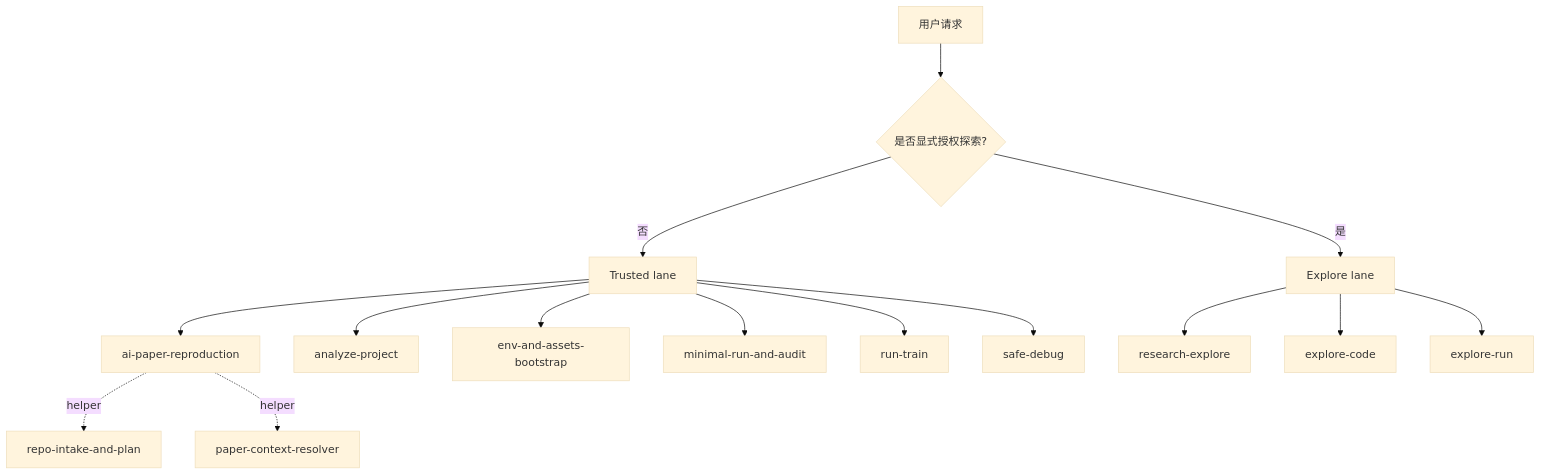
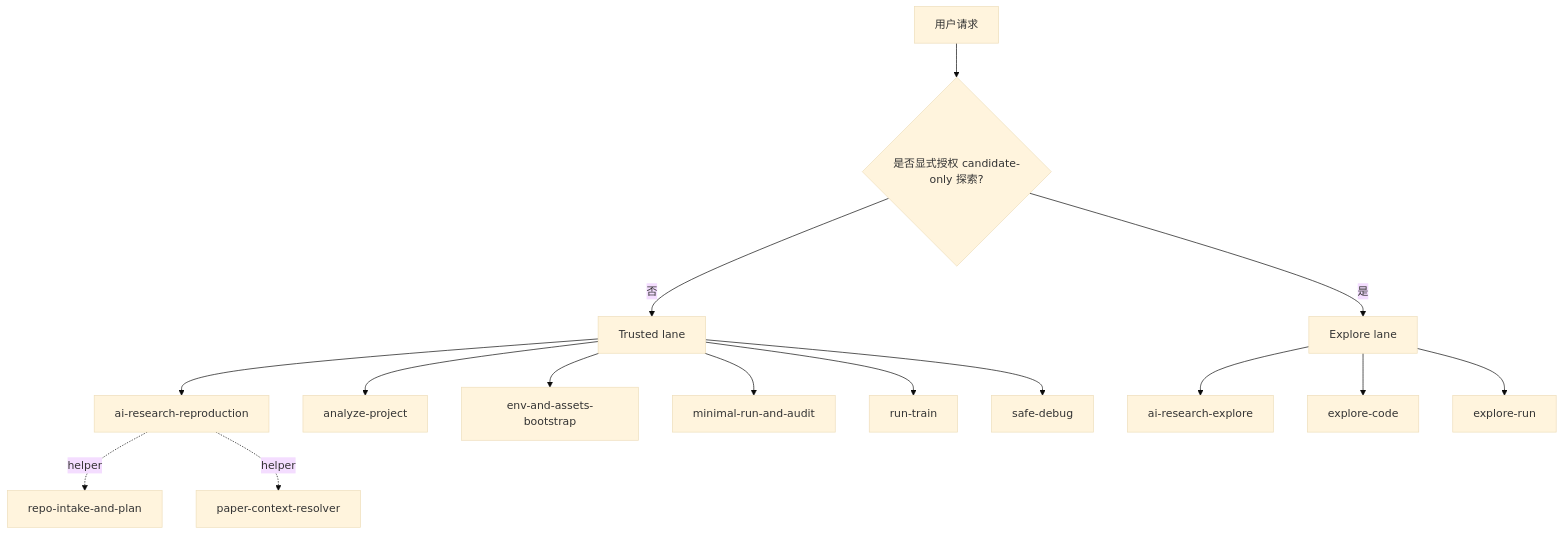
Before and after one commit to lllllllama/ai-paper-reproduction-skills: the first of 2 diagrams in README.zh-CN.md, drawn with Mermaid (base theme). The commit also changed other lines of this file and 102 other files, not shown here.

````diff
--- a/README.zh-CN.md
+++ b/README.zh-CN.md
@@ -106,20 +116,20 @@
 ```mermaid
 flowchart TD
-    A[用户请求] --> B{是否显式授权探索?}
+    A[用户请求] --> B{是否显式授权 candidate-only 探索?}
     B -- 否 --> C[Trusted lane]
     B -- 是 --> D[Explore lane]
 
-    C --> C1[ai-paper-reproduction]
+    C --> C1[ai-research-reproduction]
     C --> C2[analyze-project]
     C --> C3[env-and-assets-bootstrap]
     C --> C4[minimal-run-and-audit]
     C --> C5[run-train]
     C --> C6[safe-debug]
 
-    D --> D1[research-explore]
+    D --> D1[ai-research-explore]
     D --> D2[explore-code]
     D --> D3[explore-run]
 
     C1 -. helper .-> H1[repo-intake-and-plan]
     C1 -. helper .-> H2[paper-context-resolver]
 ```
````
